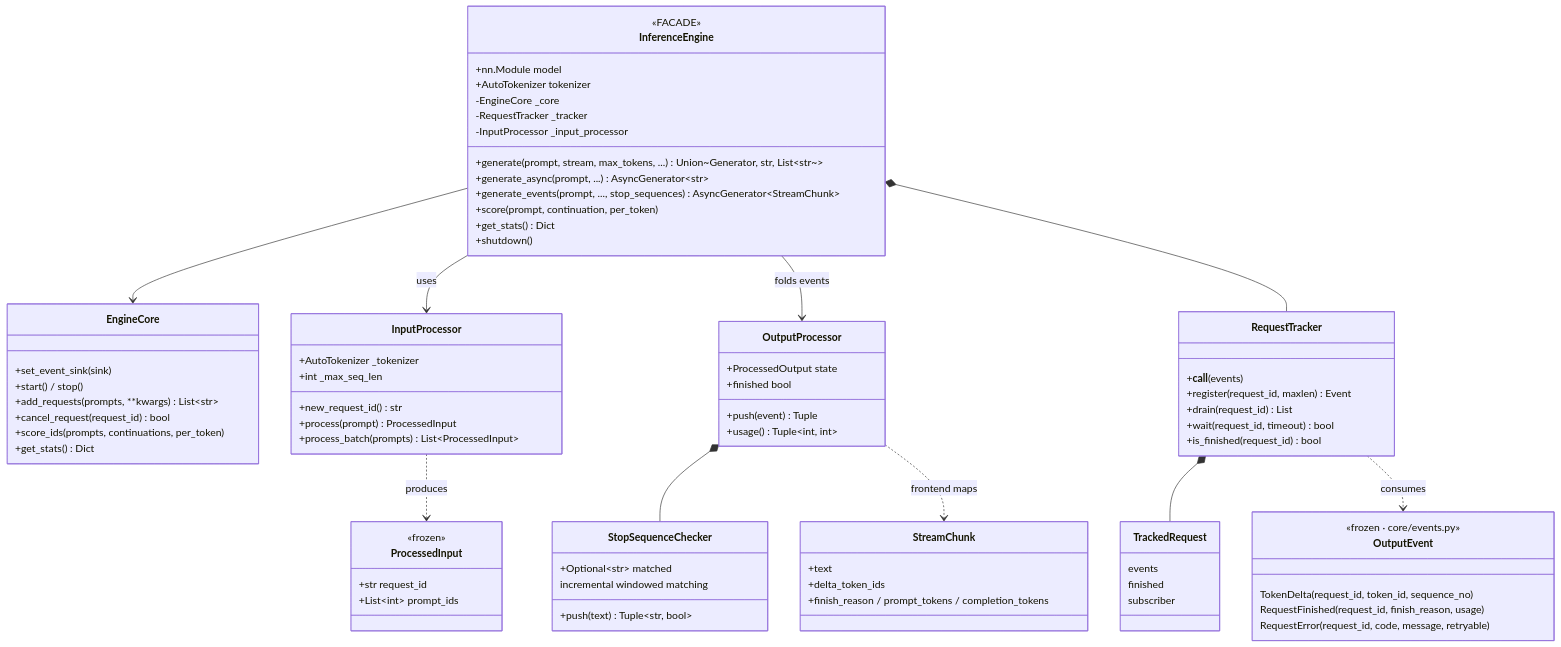
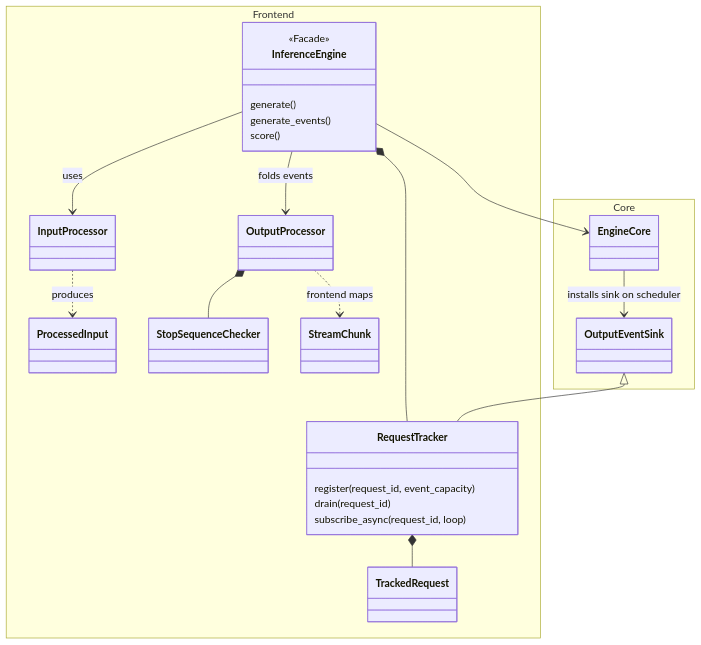
The diagram in docs/developer/inference/frontend.md (ViperEkura/AstrAI), drawn with Mermaid before and after one commit. The commit also changed other lines of this file and 17 other files, not shown here.

First line of the commit message:
docs: align architecture and runtime contracts

````diff
--- a/docs/developer/inference/frontend.md
+++ b/docs/developer/inference/frontend.md
@@ -13,82 +13,38 @@
 ```mermaid
 classDiagram
     direction TB
-    class InferenceEngine {
-        <<FACADE>>
-        +nn.Module model
-        +AutoTokenizer tokenizer
-        -EngineCore _core
-        -RequestTracker _tracker
-        -InputProcessor _input_processor
-        +generate(prompt, stream, max_tokens, ...) Union~Generator, str, List~str~~
-        +generate_async(prompt, ...) AsyncGenerator~str~
-        +generate_events(prompt, ..., stop_sequences) AsyncGenerator~StreamChunk~
-        +score(prompt, continuation, per_token)
-        +get_stats() Dict
-        +shutdown()
+    namespace Frontend {
+        class InferenceEngine {
+            <<Facade>>
+            generate()
+            generate_events()
+            score()
+        }
+        class InputProcessor
+        class ProcessedInput
+        class OutputProcessor
+        class StopSequenceChecker
+        class RequestTracker {
+            register(request_id, event_capacity)
+            drain(request_id)
+            subscribe_async(request_id, loop)
+        }
+        class TrackedRequest
+        class StreamChunk
     }
-    class EngineCore {
-        +set_event_sink(sink)
-        +start() / stop()
-        +add_requests(prompts, **kwargs) List~str~
-        +cancel_request(request_id) bool
-        +score_ids(prompts, continuations, per_token)
-        +get_stats() Dict
-    }
-    class InputProcessor {
-        +AutoTokenizer _tokenizer
-        +int _max_seq_len
-        +new_request_id() str
-        +process(prompt) ProcessedInput
-        +process_batch(prompts) List~ProcessedInput~
-    }
-    class ProcessedInput {
-        <<frozen>>
-        +str request_id
-        +List~int~ prompt_ids
-    }
-    class OutputProcessor {
-        +ProcessedOutput state
-        +push(event) Tuple
-        +usage() Tuple~int, int~
-        +finished bool
-    }
-    class StopSequenceChecker {
-        +Optional~str~ matched
-        +push(text) Tuple~str, bool~
-        incremental windowed matching
-    }
-    class RequestTracker {
-        +__call__(events)
-        +register(request_id, maxlen) Event
-        +drain(request_id) List
-        +wait(request_id, timeout) bool
-        +is_finished(request_id) bool
-    }
-    class TrackedRequest {
-        events
-        finished
-        subscriber
-    }
-    class OutputEvent {
-        <<frozen · core/events.py>>
-        TokenDelta(request_id, token_id, sequence_no)
-        RequestFinished(request_id, finish_reason, usage)
-        RequestError(request_id, code, message, retryable)
-    }
-    class StreamChunk {
-        +text
-        +delta_token_ids
-        +finish_reason / prompt_tokens / completion_tokens
+    namespace Core {
+        class EngineCore
+        class OutputEventSink
     }
 
     InferenceEngine --> EngineCore
     InferenceEngine --> InputProcessor : uses
     InferenceEngine --> OutputProcessor : folds events
     InferenceEngine *-- RequestTracker
+    EngineCore --> OutputEventSink : installs sink on scheduler
+    OutputEventSink <|-- RequestTracker
     InputProcessor ..> ProcessedInput : produces
     OutputProcessor *-- StopSequenceChecker
     RequestTracker *-- TrackedRequest
-    RequestTracker ..> OutputEvent : consumes
     OutputProcessor ..> StreamChunk : frontend maps
 ```
````
